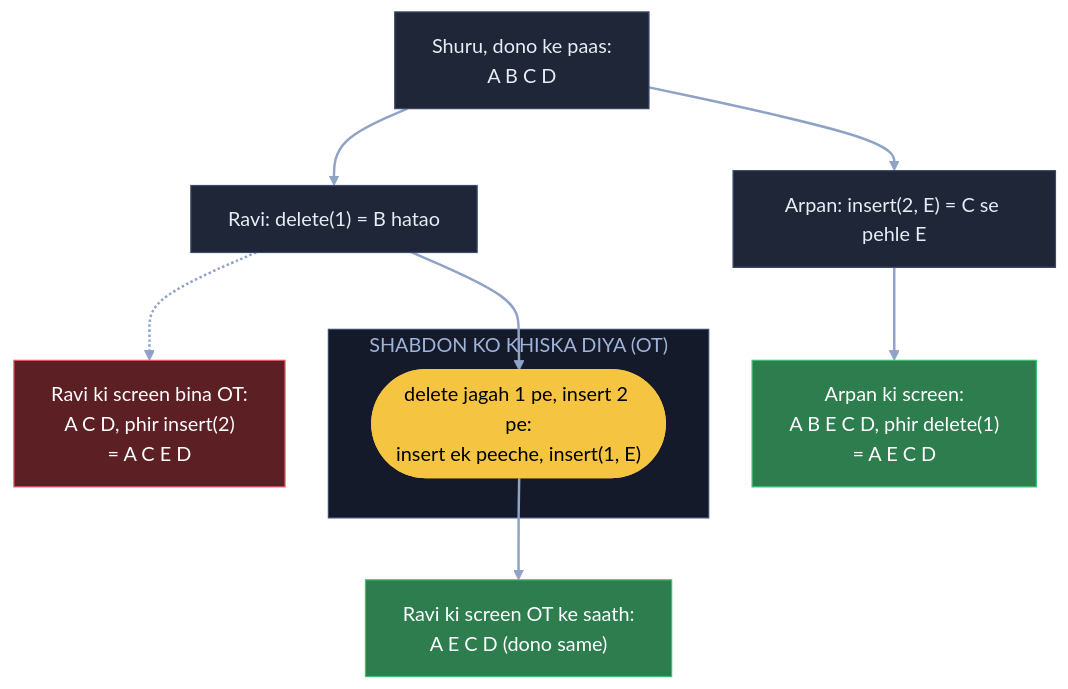
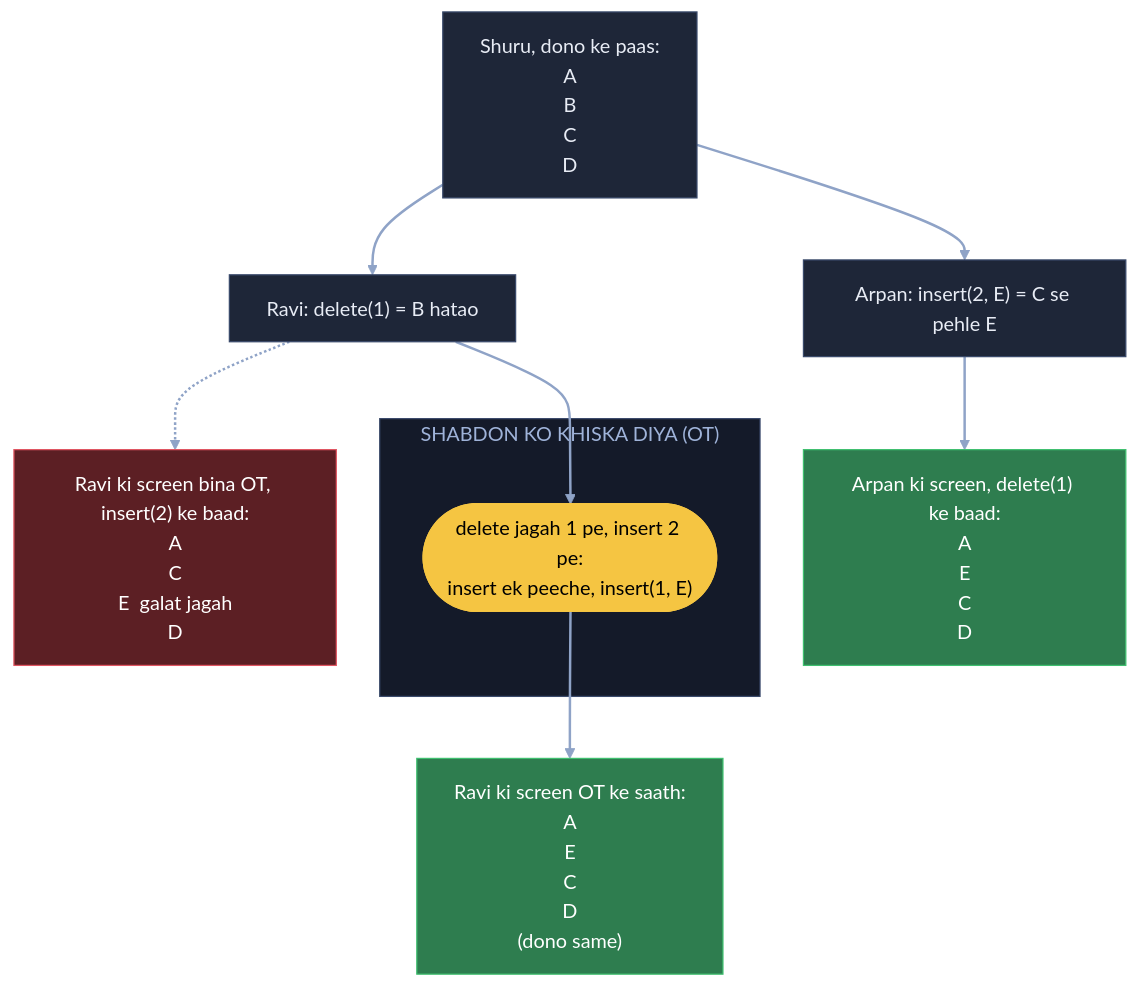
One commit to ArpanMaheshwari144/Prep changed the third of 8 diagrams in 04_HLD/SYSTEM_DESIGNS/11_google_docs_collab/11_google_docs_collab.md. Above: the diagram before and after it, drawn with Mermaid. The commit also changed other lines of this file and 1 other file, not shown here.

Commit message:
Docs 3b OT tasveer vertical: A B C D upar se neeche, Arpan / Ravi do column, diagram bhi vertical

````diff
--- a/04_HLD/SYSTEM_DESIGNS/11_google_docs_collab/11_google_docs_collab.md
+++ b/04_HLD/SYSTEM_DESIGNS/11_google_docs_collab/11_google_docs_collab.md
@@ -126,24 +143,24 @@
 ```mermaid
 flowchart TB
-    S["Shuru, dono ke paas:<br/>A B C D"]:::card
+    S["Shuru, dono ke paas:<br/>A<br/>B<br/>C<br/>D"]:::card
     RD["Ravi: delete(1) = B hatao"]:::card
     AI["Arpan: insert(2, E) = C se pehle E"]:::card
-    AS["Arpan ki screen:<br/>A B E C D, phir delete(1)<br/>= A E C D"]:::good
-    RW["Ravi ki screen bina OT:<br/>A C D, phir insert(2)<br/>= A C E D"]:::bad
+    AS["Arpan ki screen, delete(1) ke baad:<br/>A<br/>E<br/>C<br/>D"]:::good
+    RW["Ravi ki screen bina OT, insert(2) ke baad:<br/>A<br/>C<br/>E  galat jagah<br/>D"]:::bad
     subgraph OT["SHABDON KO KHISKA DIYA (OT)"]
         T(["delete jagah 1 pe, insert 2 pe:<br/>insert ek peeche, insert(1, E)"]):::pill
     end
-    RR["Ravi ki screen OT ke saath:<br/>A E C D (dono same)"]:::good
+    RR["Ravi ki screen OT ke saath:<br/>A<br/>E<br/>C<br/>D<br/>(dono same)"]:::good
     S --> RD
     S --> AI
     AI --> AS
     RD -.-> RW
     RD --> T
     T --> RR
     linkStyle default stroke:#8fa3c7,stroke-width:2px
     classDef card fill:#1e2638,stroke:#3a4a6b,color:#e8ecf5
     classDef pill fill:#f5c542,stroke:#f5c542,color:#000
     classDef good fill:#2e7d4f,stroke:#3fbf6f,color:#fff
     classDef bad fill:#5c1f24,stroke:#e05561,color:#fff
     style OT fill:#141a29,stroke:#3a4a6b,color:#9fb3d9
 ```
````
